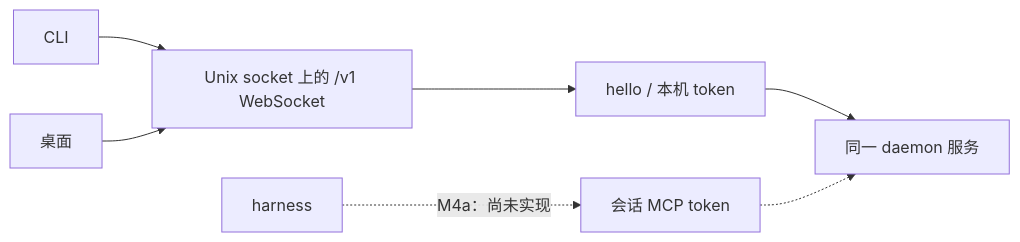
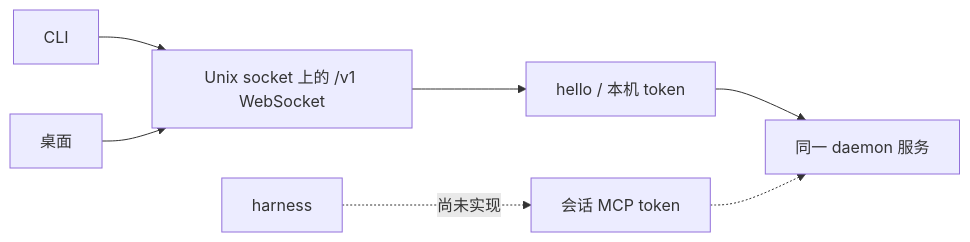
Before and after one commit to yangflow/hoplet: the first of 3 diagrams in docs/design/0012-orchestration-api.md, drawn with Mermaid. The commit also changed other lines of this file and 16 other files, not shown here.

````diff
--- a/docs/design/0012-orchestration-api.md
+++ b/docs/design/0012-orchestration-api.md
@@ -16,8 +16,8 @@
 ```mermaid
 flowchart LR
     CLI["CLI"] --> Local["Unix socket 上的 /v1 WebSocket"]
     Desktop["桌面"] --> Local
     Local --> Hello["hello / 本机 token"] --> Service["同一 daemon 服务"]
-    Agent["harness"] -. "M4a：尚未实现" .-> MCP["会话 MCP token"]
+    Agent["harness"] -. "尚未实现" .-> MCP["会话 MCP token"]
     MCP -.-> Service
 ```
````
